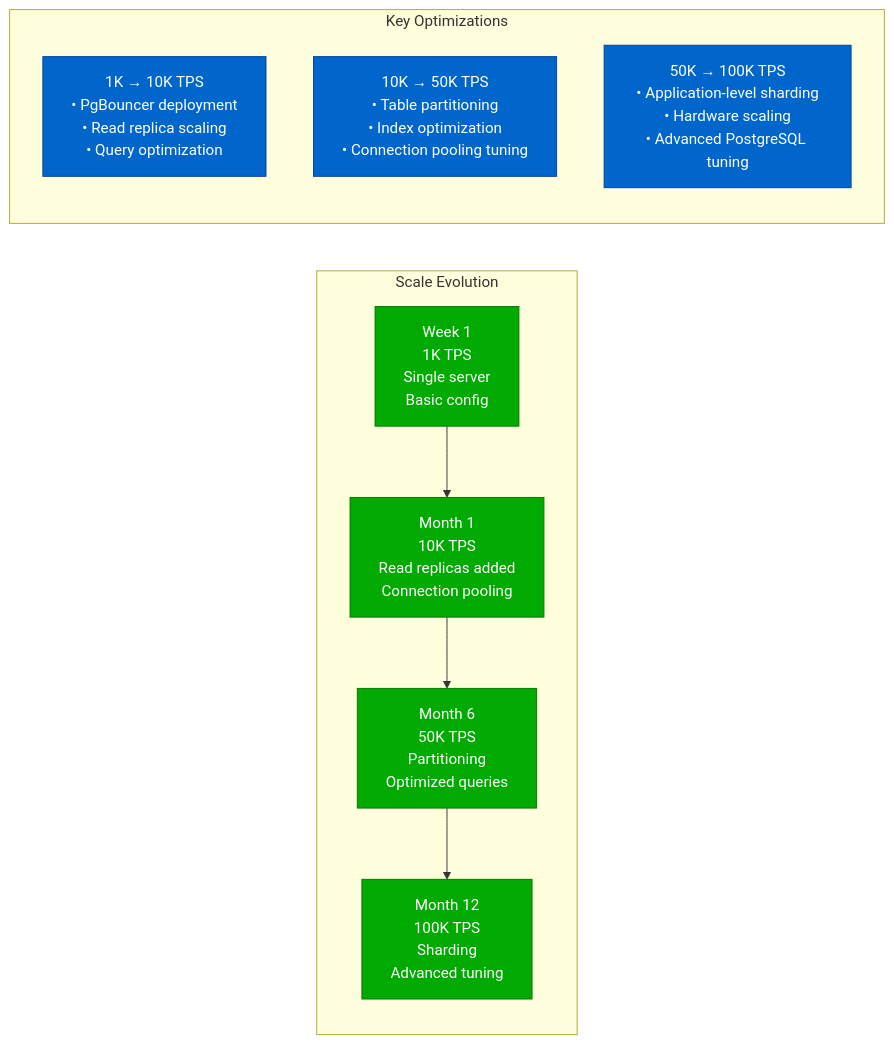
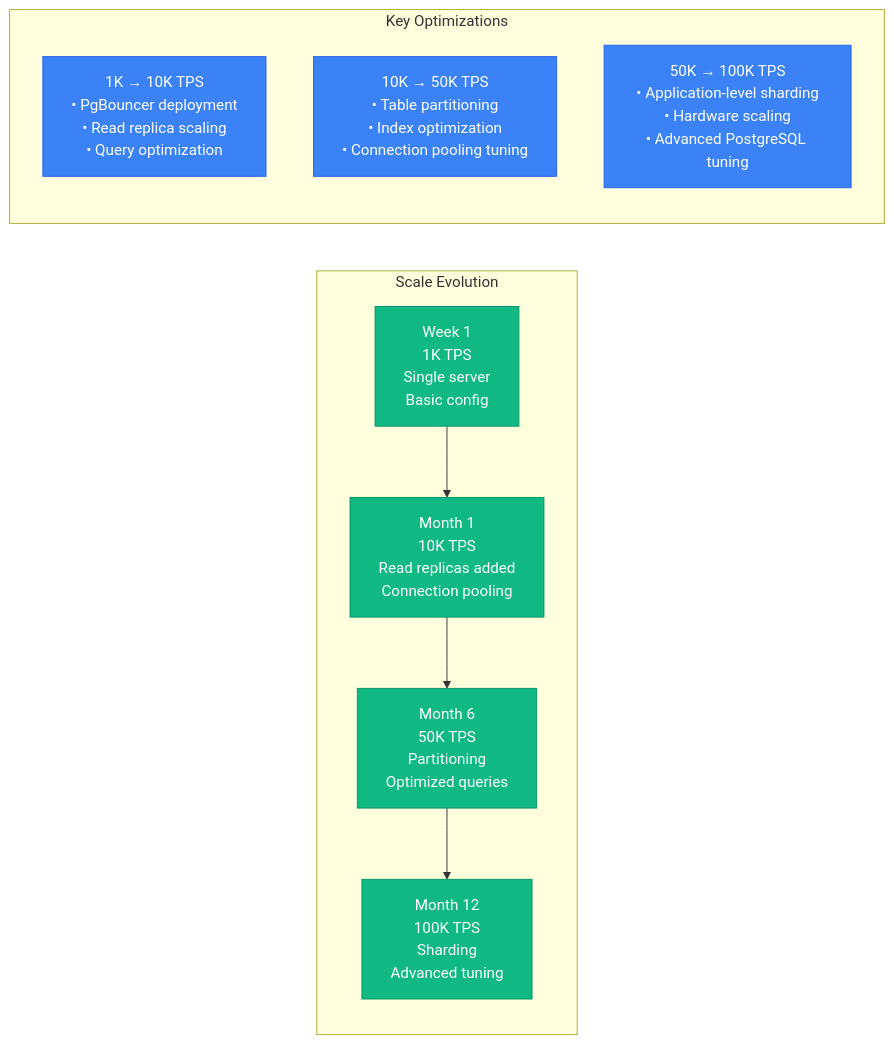
One commit to deepaucksharma/DS changed the tenth of 10 diagrams in site/docs/performance/postgresql-performance-profile.md. Above: the diagram before and after it, drawn with Mermaid. The commit also changed other lines of this file and 303 other files, not shown here.

````diff
--- a/site/docs/performance/postgresql-performance-profile.md
+++ b/site/docs/performance/postgresql-performance-profile.md
@@ -331,28 +331,28 @@
 ```mermaid
 graph LR
     subgraph "Scale Evolution"
         S1[Week 1<br/>1K TPS<br/>Single server<br/>Basic config]
 
         S2[Month 1<br/>10K TPS<br/>Read replicas added<br/>Connection pooling]
 
         S3[Month 6<br/>50K TPS<br/>Partitioning<br/>Optimized queries]
 
         S4[Month 12<br/>100K TPS<br/>Sharding<br/>Advanced tuning]
 
         S1 --> S2 --> S3 --> S4
     end
 
     subgraph "Key Optimizations"
         O1[1K → 10K TPS<br/>• PgBouncer deployment<br/>• Read replica scaling<br/>• Query optimization]
 
         O2[10K → 50K TPS<br/>• Table partitioning<br/>• Index optimization<br/>• Connection pooling tuning]
 
         O3[50K → 100K TPS<br/>• Application-level sharding<br/>• Hardware scaling<br/>• Advanced PostgreSQL tuning]
     end
 
-    classDef scaleStyle fill:#00AA00,stroke:#007700,color:#fff
-    classDef optimStyle fill:#0066CC,stroke:#004499,color:#fff
+    classDef scaleStyle fill:#10B981,stroke:#059669,color:#fff
+    classDef optimStyle fill:#3B82F6,stroke:#2563EB,color:#fff
 
     class S1,S2,S3,S4 scaleStyle
     class O1,O2,O3 optimStyle
 ```
````
